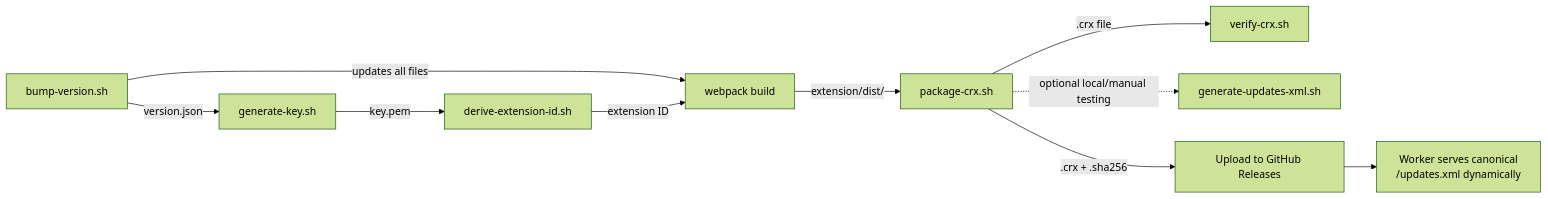
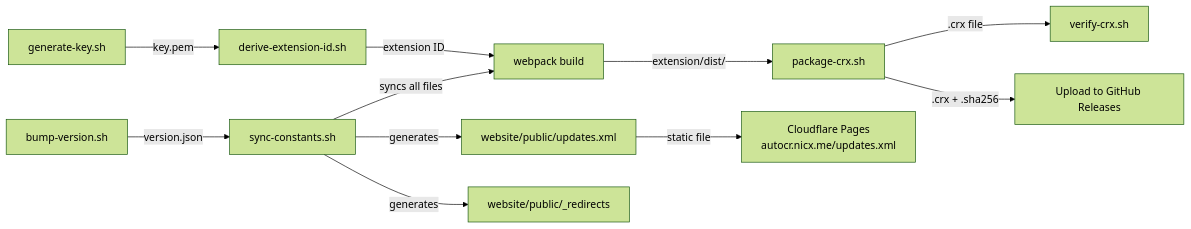
One commit to NICxKMS/auto-coursera changed the diagram in scripts/README.md. Above: the diagram before and after it, drawn with Mermaid (forest theme). The commit also changed other lines of this file and 53 other files, not shown here.

````diff
--- a/scripts/README.md
+++ b/scripts/README.md
@@ -199,12 +202,13 @@
 ```mermaid
 flowchart LR
-    V["bump-version.sh"] -->|version.json| A
-    V -->|updates all files| C
+    V["bump-version.sh"] -->|version.json| S["sync-constants.sh"]
+    S -->|syncs all files| C["webpack build"]
+    S -->|generates| U["website/public/updates.xml"]
+    S -->|generates| R["website/public/_redirects"]
     A["generate-key.sh"] -->|key.pem| B["derive-extension-id.sh"]
-    B -->|extension ID| C["webpack build"]
+    B -->|extension ID| C
     C -->|extension/dist/| D["package-crx.sh"]
     D -->|.crx file| E["verify-crx.sh"]
-  D -.->|optional local/manual testing| F["generate-updates-xml.sh"]
-  D -->|.crx + .sha256| G["Upload to GitHub Releases"]
-  G --> H["Worker serves canonical\n/updates.xml dynamically"]
+    D -->|.crx + .sha256| G["Upload to GitHub Releases"]
+    U -->|static file| P["Cloudflare Pages\nautocr.nicx.me/updates.xml"]
 ```
````
